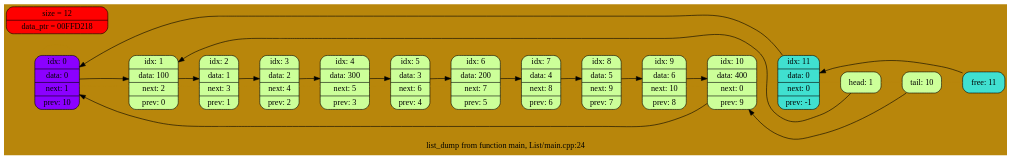
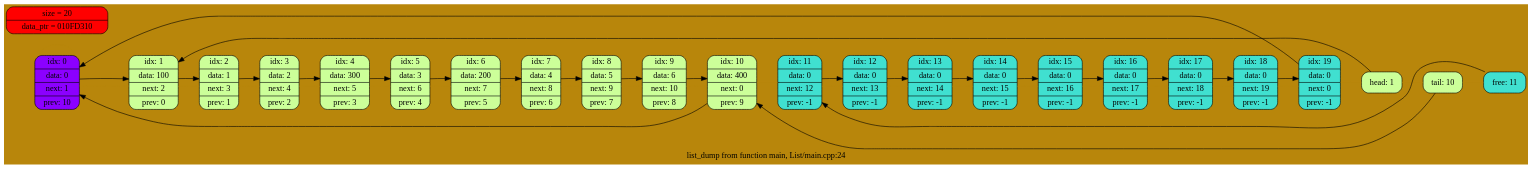
One commit to EntryFrager/Lists changed the diagram in dump.dot. Above: the diagram before and after it, drawn with Graphviz. The commit also changed 5 other files, not shown here.

```diff
--- a/dump.dot
+++ b/dump.dot
@@ -1,37 +1,53 @@
 digraph List {
 	rankdir = LR;
 	node [shape = record];
 	bgcolor = "#B8860B";
-	0 -> 0 -> 1 -> 2 -> 3 -> 4 -> 5 -> 6 -> 7 -> 8 -> 9 -> 10 -> 11 -> head -> tail -> free[arrowsize = 0.0, weight = 10000, color = "#B8860B"];
+	0 -> 0 -> 1 -> 2 -> 3 -> 4 -> 5 -> 6 -> 7 -> 8 -> 9 -> 10 -> 11 -> 12 -> 13 -> 14 -> 15 -> 16 -> 17 -> 18 -> 19 -> head -> tail -> free[arrowsize = 0.0, weight = 10000, color = "#B8860B"];
 	0 [shape = Mrecord, style = filled, fillcolor = "#8B00FF", label = "idx: 0 | data: 0 | next: 1 | prev: 10"];
 	1 [shape = Mrecord, style = filled, fillcolor = "#ccff99", label = "idx: 1 | data: 100 | next: 2 | prev: 0"];
 	2 [shape = Mrecord, style = filled, fillcolor = "#ccff99", label = "idx: 2 | data: 1 | next: 3 | prev: 1"];
 	3 [shape = Mrecord, style = filled, fillcolor = "#ccff99", label = "idx: 3 | data: 2 | next: 4 | prev: 2"];
 	4 [shape = Mrecord, style = filled, fillcolor = "#ccff99", label = "idx: 4 | data: 300 | next: 5 | prev: 3"];
 	5 [shape = Mrecord, style = filled, fillcolor = "#ccff99", label = "idx: 5 | data: 3 | next: 6 | prev: 4"];
 	6 [shape = Mrecord, style = filled, fillcolor = "#ccff99", label = "idx: 6 | data: 200 | next: 7 | prev: 5"];
 	7 [shape = Mrecord, style = filled, fillcolor = "#ccff99", label = "idx: 7 | data: 4 | next: 8 | prev: 6"];
 	8 [shape = Mrecord, style = filled, fillcolor = "#ccff99", label = "idx: 8 | data: 5 | next: 9 | prev: 7"];
 	9 [shape = Mrecord, style = filled, fillcolor = "#ccff99", label = "idx: 9 | data: 6 | next: 10 | prev: 8"];
 	10 [shape = Mrecord, style = filled, fillcolor = "#ccff99", label = "idx: 10 | data: 400 | next: 0 | prev: 9"];
-	11 [shape = Mrecord, style = filled, fillcolor = "#40E0D0", label = "idx: 11 | data: 0 | next: 0 | prev: -1"];
+	11 [shape = Mrecord, style = filled, fillcolor = "#40E0D0", label = "idx: 11 | data: 0 | next: 12 | prev: -1"];
+	12 [shape = Mrecord, style = filled, fillcolor = "#40E0D0", label = "idx: 12 | data: 0 | next: 13 | prev: -1"];
+	13 [shape = Mrecord, style = filled, fillcolor = "#40E0D0", label = "idx: 13 | data: 0 | next: 14 | prev: -1"];
+	14 [shape = Mrecord, style = filled, fillcolor = "#40E0D0", label = "idx: 14 | data: 0 | next: 15 | prev: -1"];
+	15 [shape = Mrecord, style = filled, fillcolor = "#40E0D0", label = "idx: 15 | data: 0 | next: 16 | prev: -1"];
+	16 [shape = Mrecord, style = filled, fillcolor = "#40E0D0", label = "idx: 16 | data: 0 | next: 17 | prev: -1"];
+	17 [shape = Mrecord, style = filled, fillcolor = "#40E0D0", label = "idx: 17 | data: 0 | next: 18 | prev: -1"];
+	18 [shape = Mrecord, style = filled, fillcolor = "#40E0D0", label = "idx: 18 | data: 0 | next: 19 | prev: -1"];
+	19 [shape = Mrecord, style = filled, fillcolor = "#40E0D0", label = "idx: 19 | data: 0 | next: 0 | prev: -1"];
 	head [shape = Mrecord, style = filled, fillcolor = "#ccff99", label = "head: 1"];
 	tail [shape = Mrecord, style = filled, fillcolor = "#ccff99", label = "tail: 10"];
 	free [shape = Mrecord, style = filled, fillcolor = "#40E0D0", label = "free: 11"];
 	0 -> 1
 	1 -> 2
 	2 -> 3
 	3 -> 4
 	4 -> 5
 	5 -> 6
 	6 -> 7
 	7 -> 8
 	8 -> 9
 	9 -> 10
 	10 -> 0
-	11 -> 0
+	11 -> 12
+	12 -> 13
+	13 -> 14
+	14 -> 15
+	15 -> 16
+	16 -> 17
+	17 -> 18
+	18 -> 19
+	19 -> 0
 	head -> 1
 	tail -> 10
 	free -> 11
 	label = "list_dump from function main, List/main.cpp:24";
-	All[shape = Mrecord, style = filled, fillcolor = "#ff0000", label = "size = 12 | data_ptr = 00FFD218"];}
+	All[shape = Mrecord, style = filled, fillcolor = "#ff0000", label = "size = 20 | data_ptr = 010FD310"];}
```
